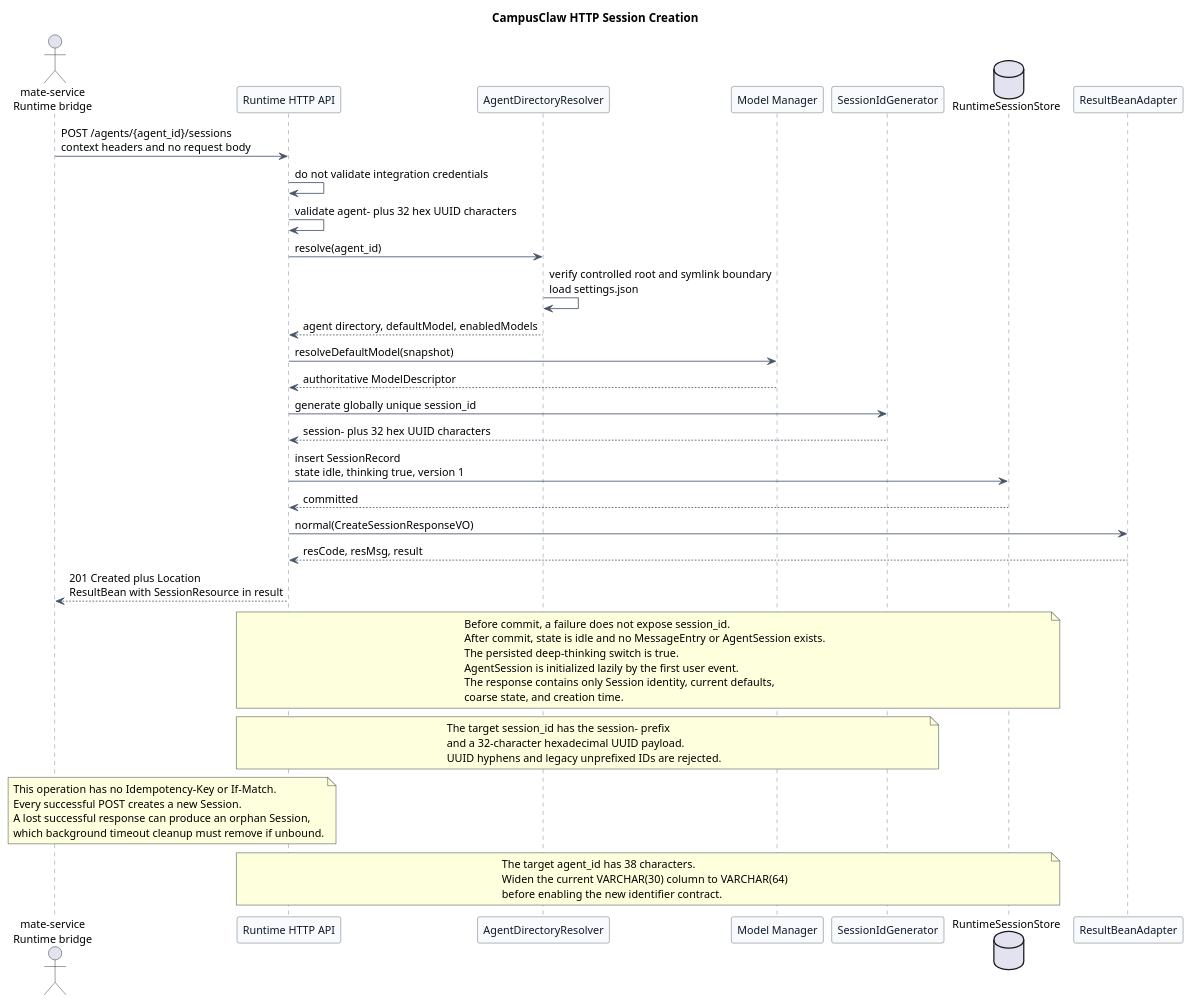
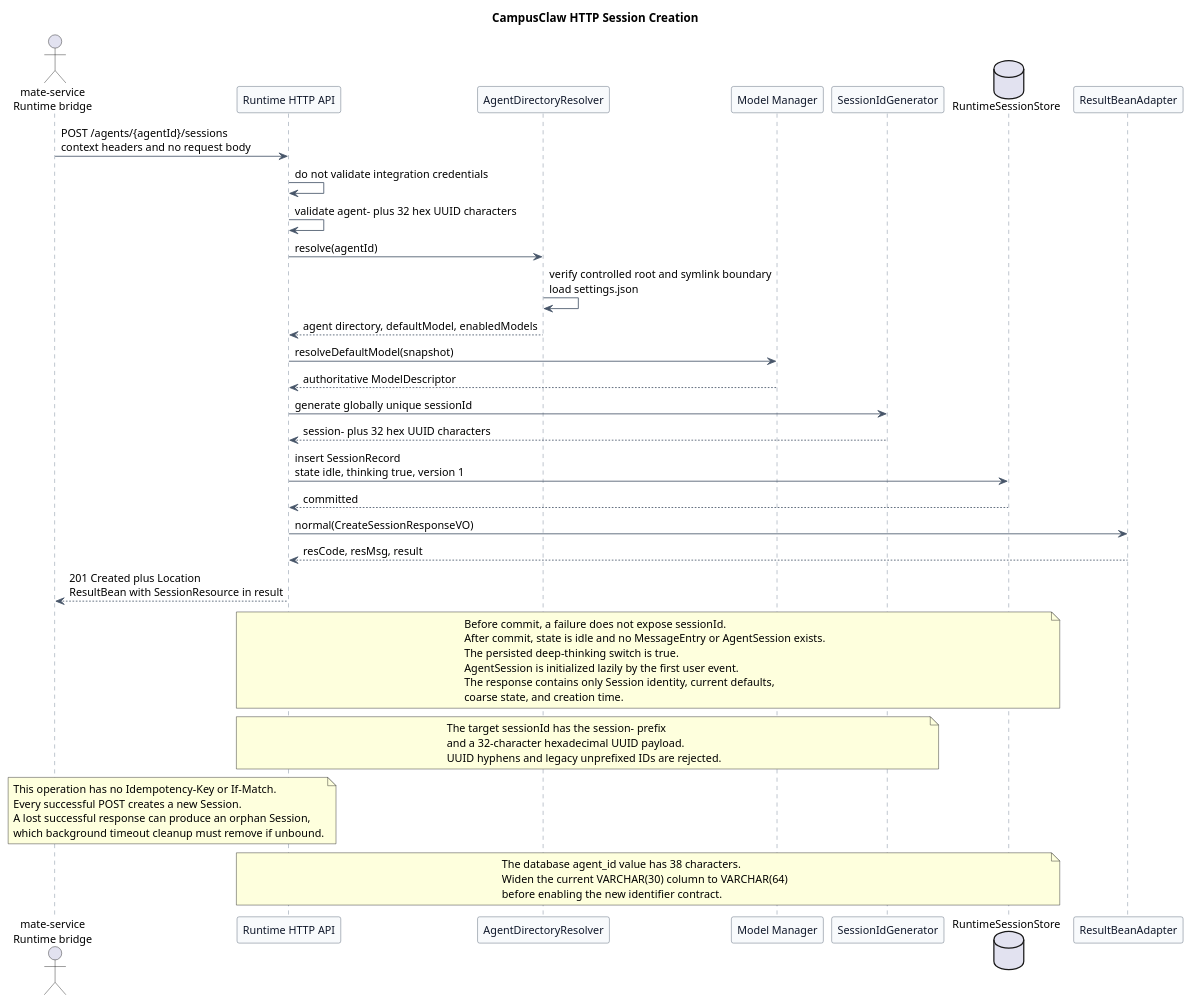
The first of 3 diagrams in pi-mono-java-manager-driven-multi-agent-runtime/diagrams/session-lifecycle/diagram.puml (ssm0808/pi-mono-java-design), drawn with PlantUML before and after one commit. The commit also changed other lines of this file and 35 other files, not shown here.

Commit message:
docs(runtime): 统一 HTTP 字段为 lowerCamelCase

```diff
--- a/pi-mono-java-manager-driven-multi-agent-runtime/diagrams/session-lifecycle/diagram.puml
+++ b/pi-mono-java-manager-driven-multi-agent-runtime/diagrams/session-lifecycle/diagram.puml
@@ -1,86 +1,90 @@
 @startuml http_session_creation
 title CampusClaw HTTP Session Creation
 
 ' Source evidence (pi-mono-java 1f801dbb82bdda30478e3354e685e3153b179a0c):
 ' modules/coding-agent-cli/src/main/java/com/campusclaw/codingagent/runtimeapi/session/RuntimeSessionService.java, create.
 ' modules/coding-agent-cli/src/main/java/com/campusclaw/codingagent/runtimeapi/agent/FileAgentDirectoryResolver.java, resolve.
 ' modules/coding-agent-cli/src/main/java/com/campusclaw/codingagent/runtimeapi/web/RuntimeSessionController.java, create.
-' Observed behavior: mate-service supplies only agent_id and CampusClaw generates session_id.
+' Source evidence (pi-mono-java 304eda06ff603fc9b6bbcaad0c296cc151a7defb):
+' modules/coding-agent-cli/src/main/java/com/campusclaw/codingagent/runtimeapi/web/RuntimeSessionController.java, create.
+' modules/coding-agent-cli/src/main/java/com/campusclaw/codingagent/runtimeapi/vo/CreateSessionResponseVO.java.
+' Observed behavior: the current Java wire path and response still use agent_id and session_id.
 ' Observed behavior: settings chooses a default model candidate and the model manager validates it.
 ' Observed behavior: current Java accepts agent_ plus 24 alphanumeric characters and persists thinking false.
 ' Observed behavior: RandomSessionIdGenerator.nextId returns 26 Crockford Base32 characters with no prefix.
 ' Architecture change: target Agent and Session IDs use a type prefix plus 32 hex UUID characters.
+' Architecture change: target HTTP path and payload fields use lowerCamelCase while header names stay unchanged.
 ' Product constraint: successful target creation persists thinking true.
 ' Product constraint: all Runtime operations carry integration-context headers without local validation.
 ' Observed behavior: creation persists an idle Session and does not initialize AgentSession or invoke a model.
 ' Design reason: defer expensive runtime initialization until the first accepted user event.
 
 skinparam backgroundColor #FFFFFF
 skinparam shadowing false
 skinparam defaultFontName Arial
 skinparam defaultFontSize 13
 skinparam participant {
   BackgroundColor #F8FAFC
   BorderColor #475569
   FontColor #0F172A
 }
 skinparam ArrowColor #475569
 skinparam sequence {
   LifeLineBorderColor #64748B
   LifeLineBackgroundColor #F8FAFC
   GroupBorderColor #94A3B8
   GroupBackgroundColor #F8FAFC
 }
 
 actor "mate-service\nRuntime bridge" as Mate
 participant "Runtime HTTP API" as API
 participant "AgentDirectoryResolver" as Resolver
 participant "Model Manager" as Models
 participant "SessionIdGenerator" as Ids
 database "RuntimeSessionStore" as Store
 participant "ResultBeanAdapter" as ResultAdapter
 
-Mate -> API : POST /agents/{agent_id}/sessions\ncontext headers and no request body
+Mate -> API : POST /agents/{agentId}/sessions\ncontext headers and no request body
 API -> API : do not validate integration credentials
 API -> API : validate agent- plus 32 hex UUID characters
-API -> Resolver : resolve(agent_id)
+API -> Resolver : resolve(agentId)
 Resolver -> Resolver : verify controlled root and symlink boundary\nload settings.json
 Resolver --> API : agent directory, defaultModel, enabledModels
 API -> Models : resolveDefaultModel(snapshot)
 Models --> API : authoritative ModelDescriptor
-API -> Ids : generate globally unique session_id
+API -> Ids : generate globally unique sessionId
 Ids --> API : session- plus 32 hex UUID characters
 API -> Store : insert SessionRecord\nstate idle, thinking true, version 1
 Store --> API : committed
 API -> ResultAdapter : normal(CreateSessionResponseVO)
 ResultAdapter --> API : resCode, resMsg, result
 API --> Mate : 201 Created plus Location\nResultBean with SessionResource in result
 
 note over API,Store
-Before commit, a failure does not expose session_id.
+Before commit, a failure does not expose sessionId.
 After commit, state is idle and no MessageEntry or AgentSession exists.
 The persisted deep-thinking switch is true.
 AgentSession is initialized lazily by the first user event.
 The response contains only Session identity, current defaults,
 coarse state, and creation time.
 end note
 
 note over API,Ids
-The target session_id has the session- prefix
+The target sessionId has the session- prefix
 and a 32-character hexadecimal UUID payload.
 UUID hyphens and legacy unprefixed IDs are rejected.
 end note
 
 note over Mate,API
 This operation has no Idempotency-Key or If-Match.
 Every successful POST creates a new Session.
 A lost successful response can produce an orphan Session,
 which background timeout cleanup must remove if unbound.
 end note
 
 note over API,Store
-The target agent_id has 38 characters.
+The database agent_id value has 38 characters.
 Widen the current VARCHAR(30) column to VARCHAR(64)
 before enabling the new identifier contract.
 end note
 @enduml
```
